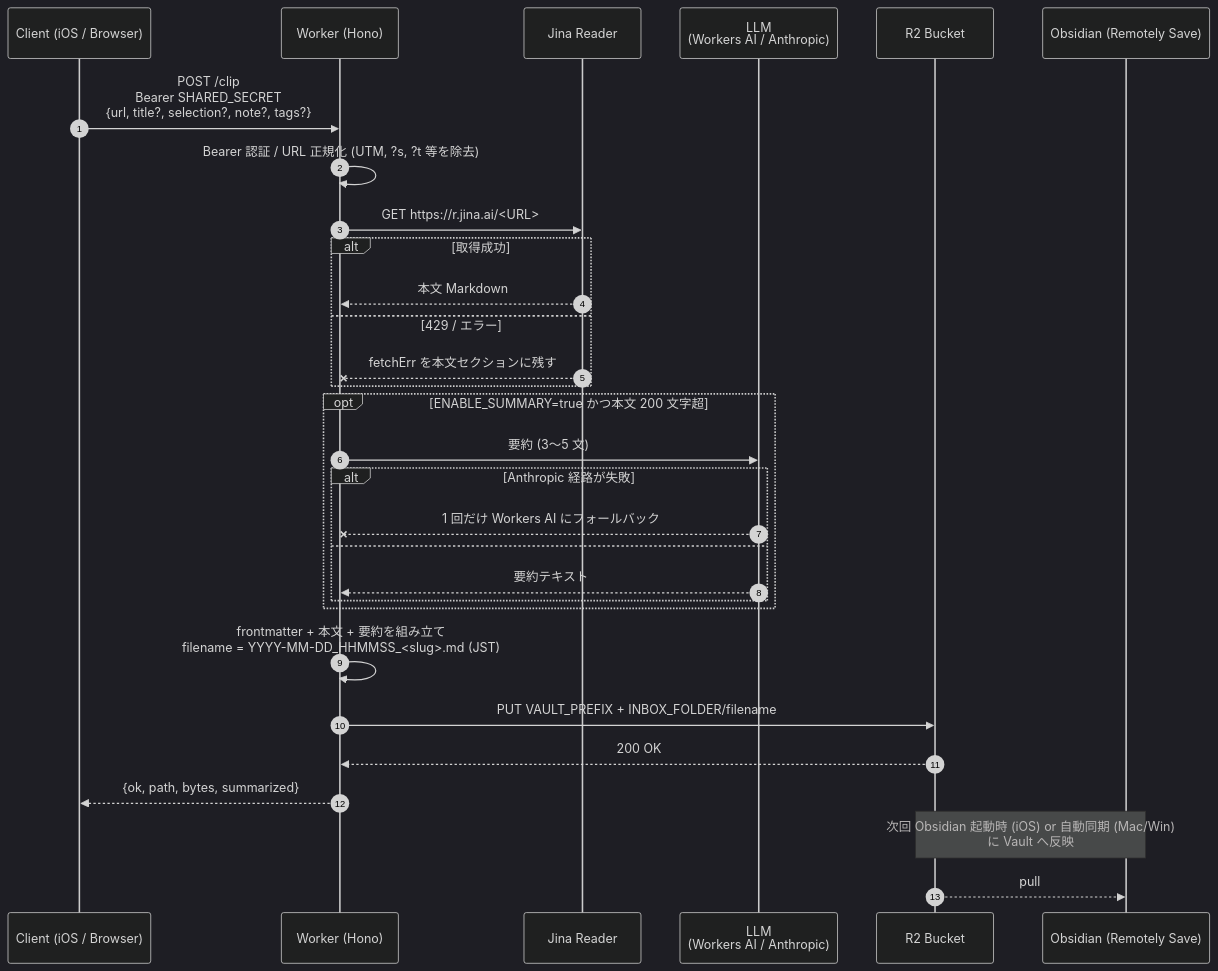
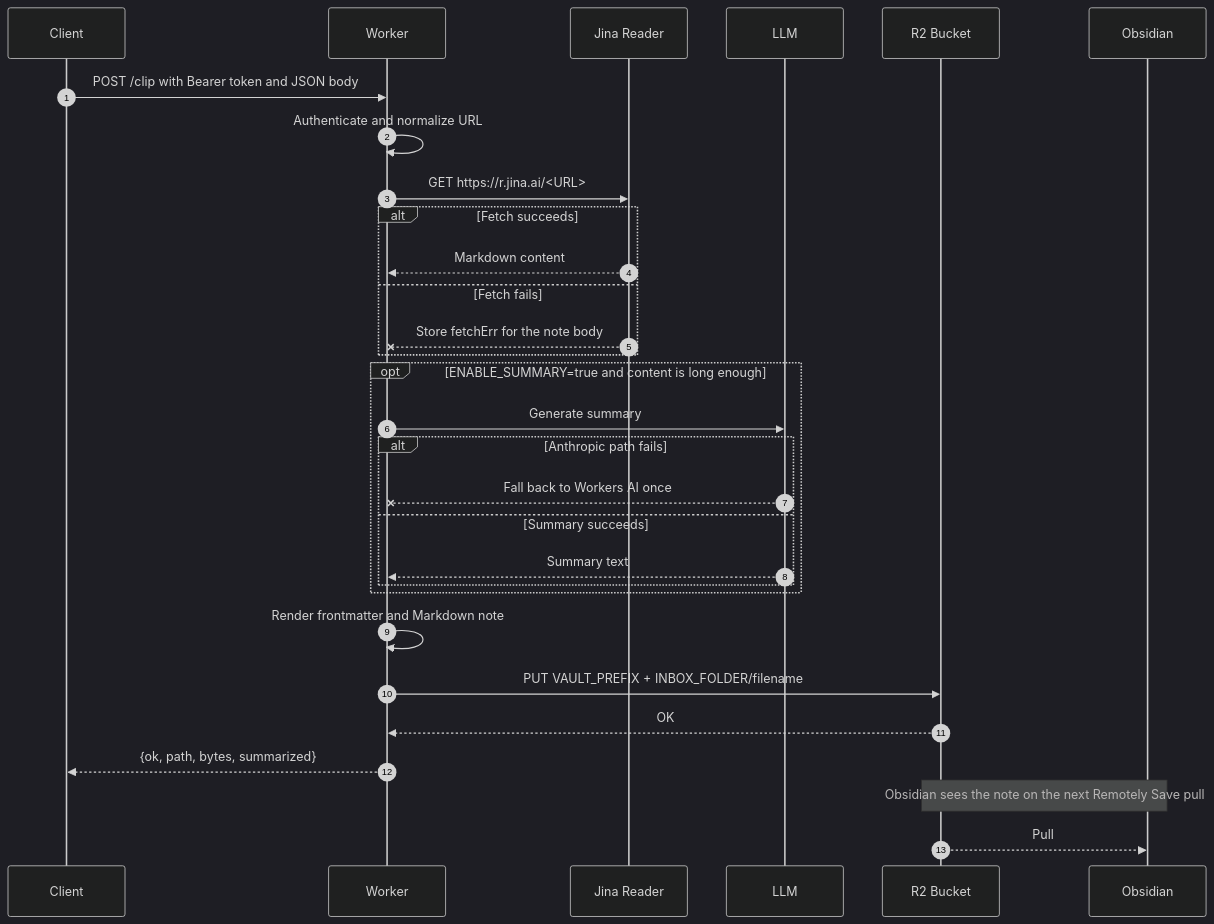
Before and after one commit to keroway/obsidian-clipper: the second of 2 diagrams in README.md, drawn with Mermaid (dark theme). The commit also changed other lines of this file and 3 other files, not shown here.

````diff
--- a/README.md
+++ b/README.md
@@ -139,37 +126,37 @@
 ```mermaid
 sequenceDiagram
     autonumber
-    participant C as Client (iOS / Browser)
-    participant W as Worker (Hono)
+    participant C as Client
+    participant W as Worker
     participant J as Jina Reader
-    participant L as LLM<br/>(Workers AI / Anthropic)
+    participant L as LLM
     participant R as R2 Bucket
-    participant O as Obsidian (Remotely Save)
+    participant O as Obsidian
 
-    C->>W: POST /clip<br/>Bearer SHARED_SECRET<br/>{url, title?, selection?, note?, tags?}
-    W->>W: Bearer 認証 / URL 正規化 (UTM, ?s, ?t 等を除去)
+    C->>W: POST /clip with Bearer token and JSON body
+    W->>W: Authenticate and normalize URL
 
     W->>J: GET https://r.jina.ai/<URL>
-    alt 取得成功
-        J-->>W: 本文 Markdown
-    else 429 / エラー
-        J--xW: fetchErr を本文セクションに残す
+    alt Fetch succeeds
+        J-->>W: Markdown content
+    else Fetch fails
+        J--xW: Store fetchErr for the note body
     end
 
-    opt ENABLE_SUMMARY=true かつ本文 200 文字超
-        W->>L: 要約 (3〜5 文)
-        alt Anthropic 経路が失敗
-            L--xW: 1 回だけ Workers AI にフォールバック
-        else
-            L-->>W: 要約テキスト
+    opt ENABLE_SUMMARY=true and content is long enough
+        W->>L: Generate summary
+        alt Anthropic path fails
+            L--xW: Fall back to Workers AI once
+        else Summary succeeds
+            L-->>W: Summary text
         end
     end
 
-    W->>W: frontmatter + 本文 + 要約を組み立て<br/>filename = YYYY-MM-DD_HHMMSS_<slug>.md (JST)
+    W->>W: Render frontmatter and Markdown note
     W->>R: PUT VAULT_PREFIX + INBOX_FOLDER/filename
-    R-->>W: 200 OK
+    R-->>W: OK
     W-->>C: {ok, path, bytes, summarized}
 
-    Note over R,O: 次回 Obsidian 起動時 (iOS) or 自動同期 (Mac/Win)<br/>に Vault へ反映
-    R-->>O: pull
+    Note over R,O: Obsidian sees the note on the next Remotely Save pull
+    R-->>O: Pull
 ```
````
